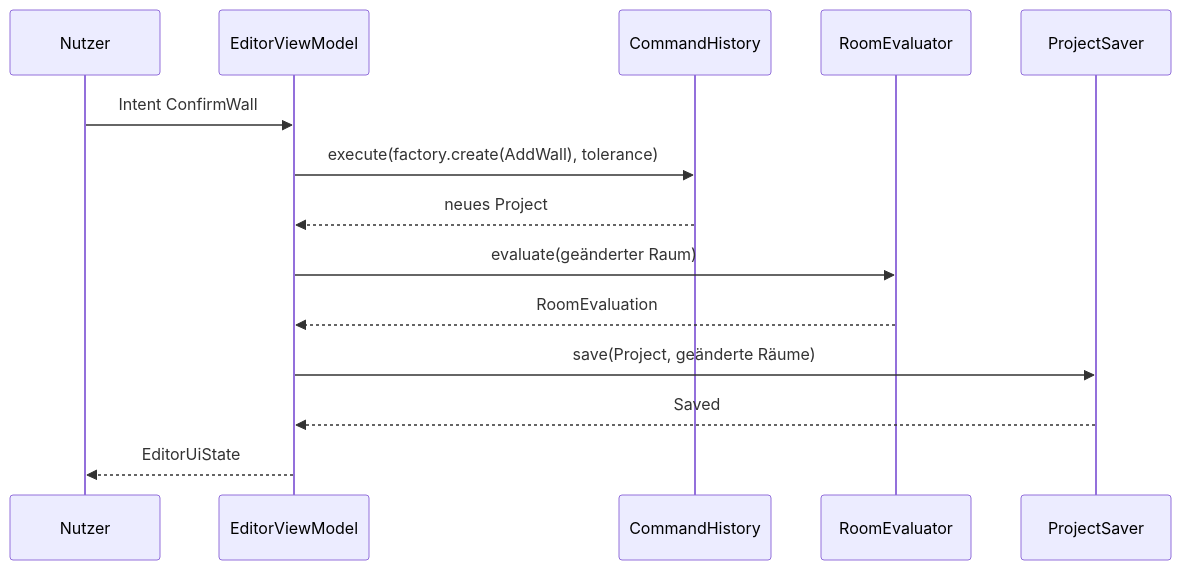
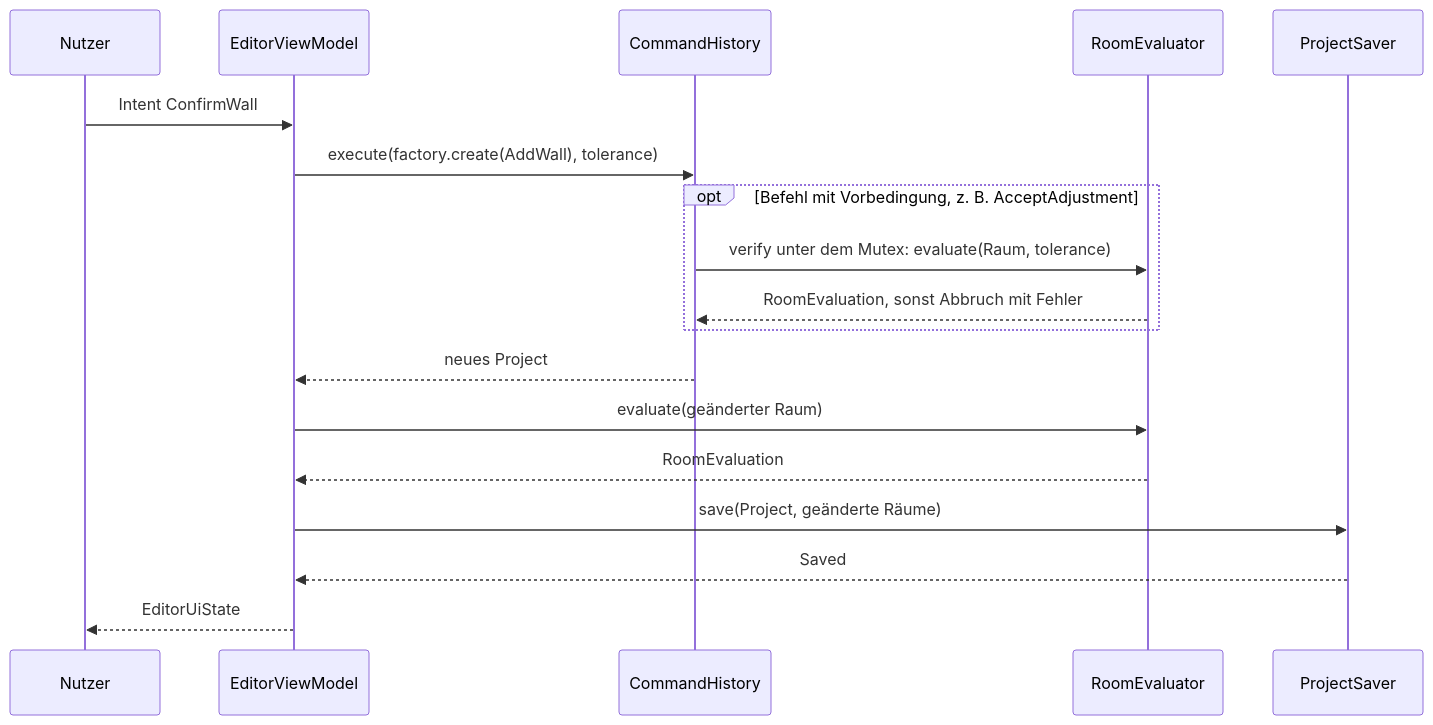
The second of 3 diagrams in docs/ARCHITECTURE.md (anton-314/PlanSnap), drawn with Mermaid before and after one commit. The commit also changed other lines of this file and 12 other files, not shown here.

````diff
--- a/docs/ARCHITECTURE.md
+++ b/docs/ARCHITECTURE.md
@@ -75,16 +75,20 @@
 ```mermaid
 sequenceDiagram
   participant U as Nutzer
   participant V as EditorViewModel
   participant H as CommandHistory
   participant E as RoomEvaluator
   participant S as ProjectSaver
   U->>V: Intent ConfirmWall
   V->>H: execute(factory.create(AddWall), tolerance)
+  opt Befehl mit Vorbedingung, z. B. AcceptAdjustment
+    H->>E: verify unter dem Mutex: evaluate(Raum, tolerance)
+    E-->>H: RoomEvaluation, sonst Abbruch mit Fehler
+  end
   H-->>V: neues Project
   V->>E: evaluate(geänderter Raum)
   E-->>V: RoomEvaluation
   V->>S: save(Project, geänderte Räume)
   S-->>V: Saved
   V-->>U: EditorUiState
 ```
````
